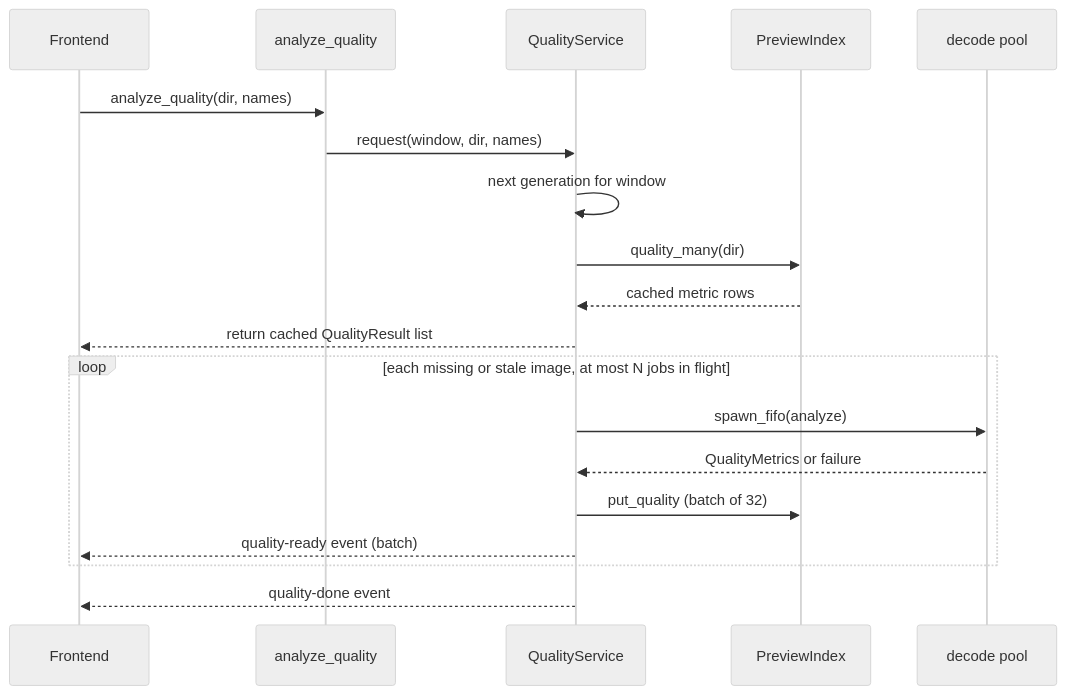
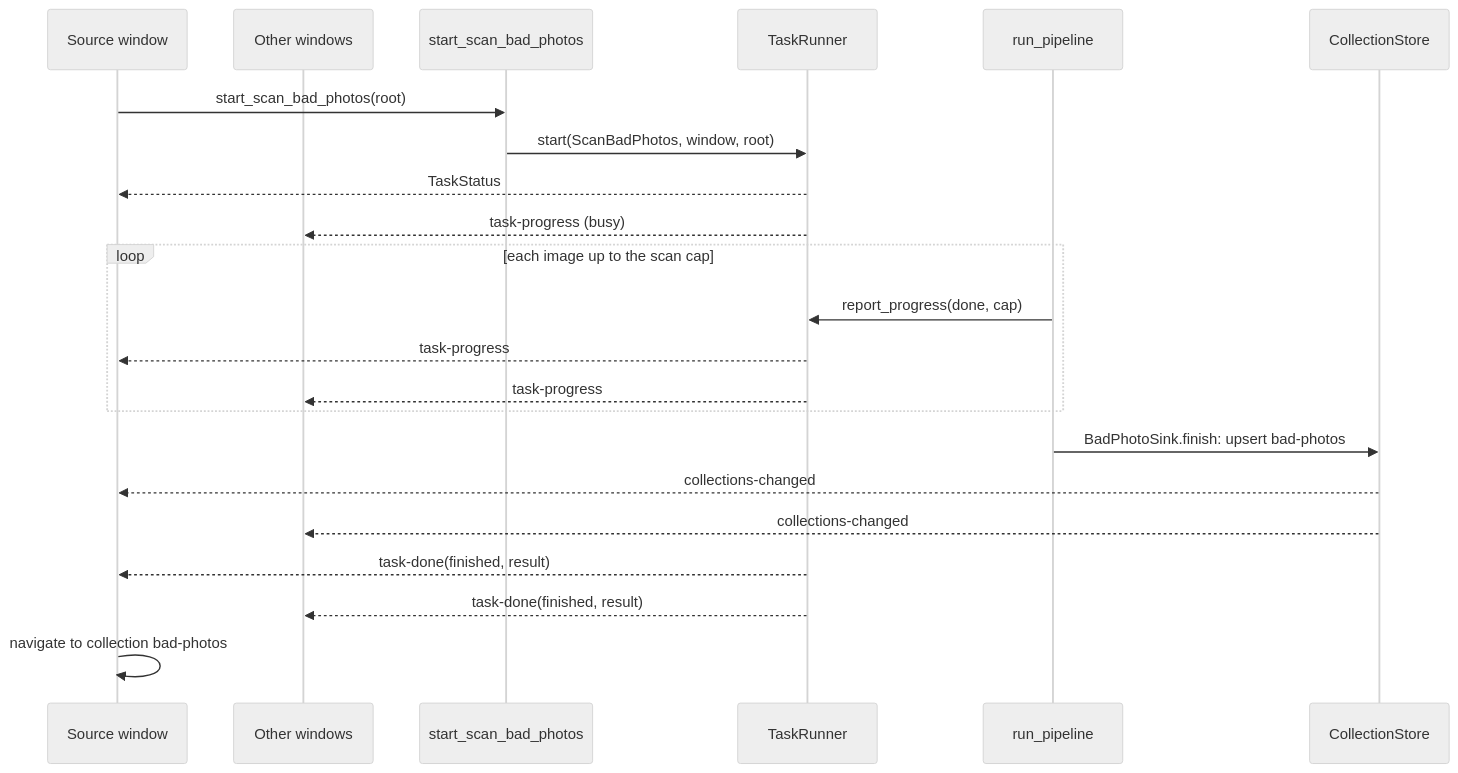
Before and after one commit to rimvydasb/fast-gallery: the fifth of 5 diagrams in docs/photo-quality-spec.md, drawn with Mermaid (neutral theme). The commit also changed other lines of this file, not shown here.

Commit message:
photo quality spec.

````diff
--- a/docs/photo-quality-spec.md
+++ b/docs/photo-quality-spec.md
@@ -169,21 +549,24 @@
 ```mermaid
 sequenceDiagram
-    participant UI as Frontend
-    participant Cmd as analyze_quality
-    participant Svc as QualityService
-    participant Idx as PreviewIndex
-    participant Pool as decode pool
-    UI->>Cmd: analyze_quality(dir, names)
-    Cmd->>Svc: request(window, dir, names)
-    Svc->>Svc: next generation for window
-    Svc->>Idx: quality_many(dir)
-    Idx-->>Svc: cached metric rows
-    Svc-->>UI: return cached QualityResult list
-    loop each missing or stale image, at most N jobs in flight
-        Svc->>Pool: spawn_fifo(analyze)
-        Pool-->>Svc: QualityMetrics or failure
-        Svc->>Idx: put_quality (batch of 32)
-        Svc-->>UI: quality-ready event (batch)
+    participant UI as Source window
+    participant Other as Other windows
+    participant Cmd as start_scan_bad_photos
+    participant TR as TaskRunner
+    participant P as run_pipeline
+    participant CS as CollectionStore
+    UI->>Cmd: start_scan_bad_photos(root)
+    Cmd->>TR: start(ScanBadPhotos, window, root)
+    TR-->>UI: TaskStatus
+    TR-->>Other: task-progress (busy)
+    loop each image up to the scan cap
+        P->>TR: report_progress(done, cap)
+        TR-->>UI: task-progress
+        TR-->>Other: task-progress
     end
-    Svc-->>UI: quality-done event
+    P->>CS: BadPhotoSink.finish: upsert bad-photos
+    CS-->>UI: collections-changed
+    CS-->>Other: collections-changed
+    TR-->>UI: task-done(finished, result)
+    TR-->>Other: task-done(finished, result)
+    UI->>UI: navigate to collection bad-photos
 ```
````
